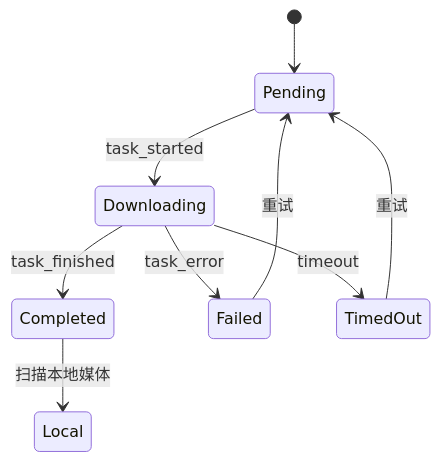
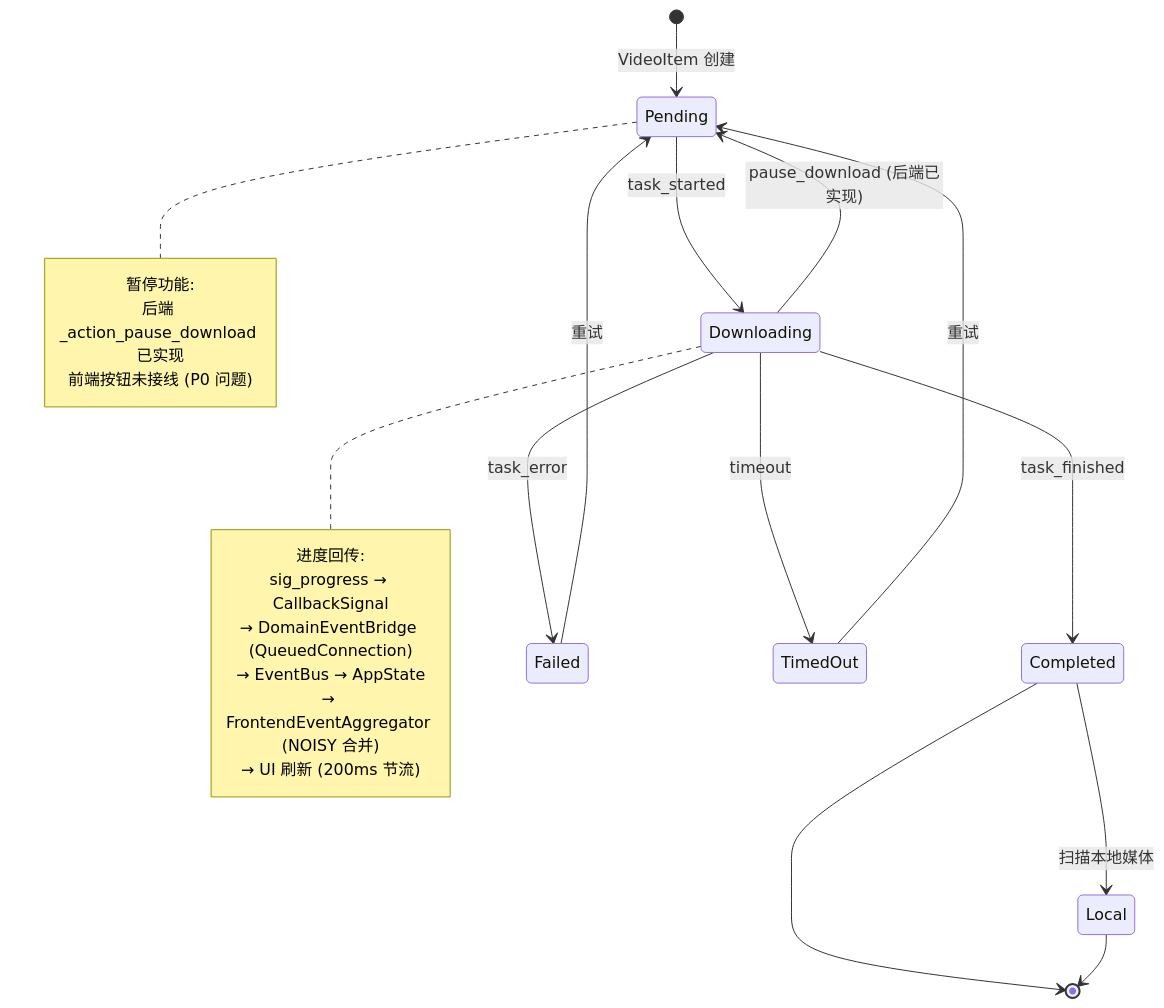
The third of 5 diagrams in mermaid/08-data-models-and-context.md (haohaizi554/UniversalCrawler), drawn with Mermaid before and after one commit. The commit also changed other lines of this file and 78 other files, not shown here.

Commit message:
Sync local workspace: packaging adaptation, frontend hardening, and architecture review.

````diff
--- a/mermaid/08-data-models-and-context.md
+++ b/mermaid/08-data-models-and-context.md
@@ -48,11 +157,29 @@
 ```mermaid
 stateDiagram-v2
-    [*] --> Pending
+    [*] --> Pending: VideoItem 创建
     Pending --> Downloading: task_started
     Downloading --> Completed: task_finished
     Downloading --> Failed: task_error
     Downloading --> TimedOut: timeout
+    Downloading --> Pending: pause_download (后端已实现)
     Completed --> Local: 扫描本地媒体
     Failed --> Pending: 重试
     TimedOut --> Pending: 重试
+    Completed --> [*]
+    Local --> [*]
+
+    note right of Downloading
+        进度回传:
+        sig_progress → CallbackSignal
+        → DomainEventBridge (QueuedConnection)
+        → EventBus → AppState
+        → FrontendEventAggregator (NOISY 合并)
+        → UI 刷新 (200ms 节流)
+    end note
+
+    note right of Pending
+        暂停功能:
+        后端 _action_pause_download 已实现
+        前端按钮未接线 (P0 问题)
+    end note
 ```
````
